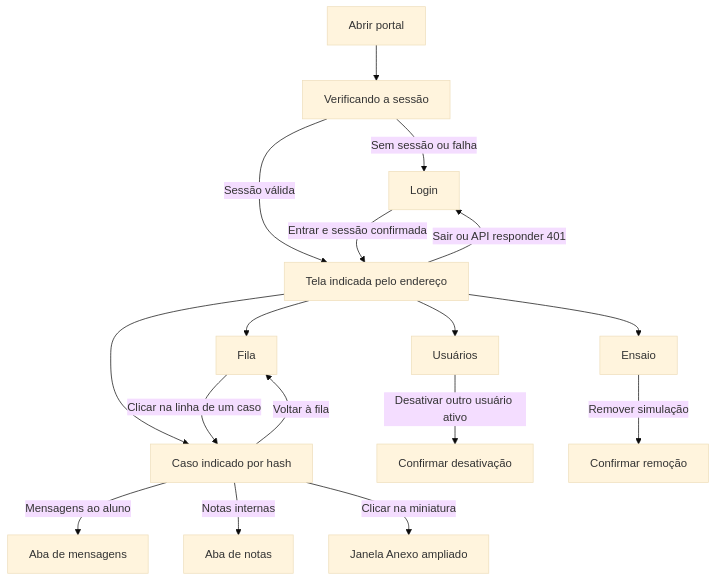
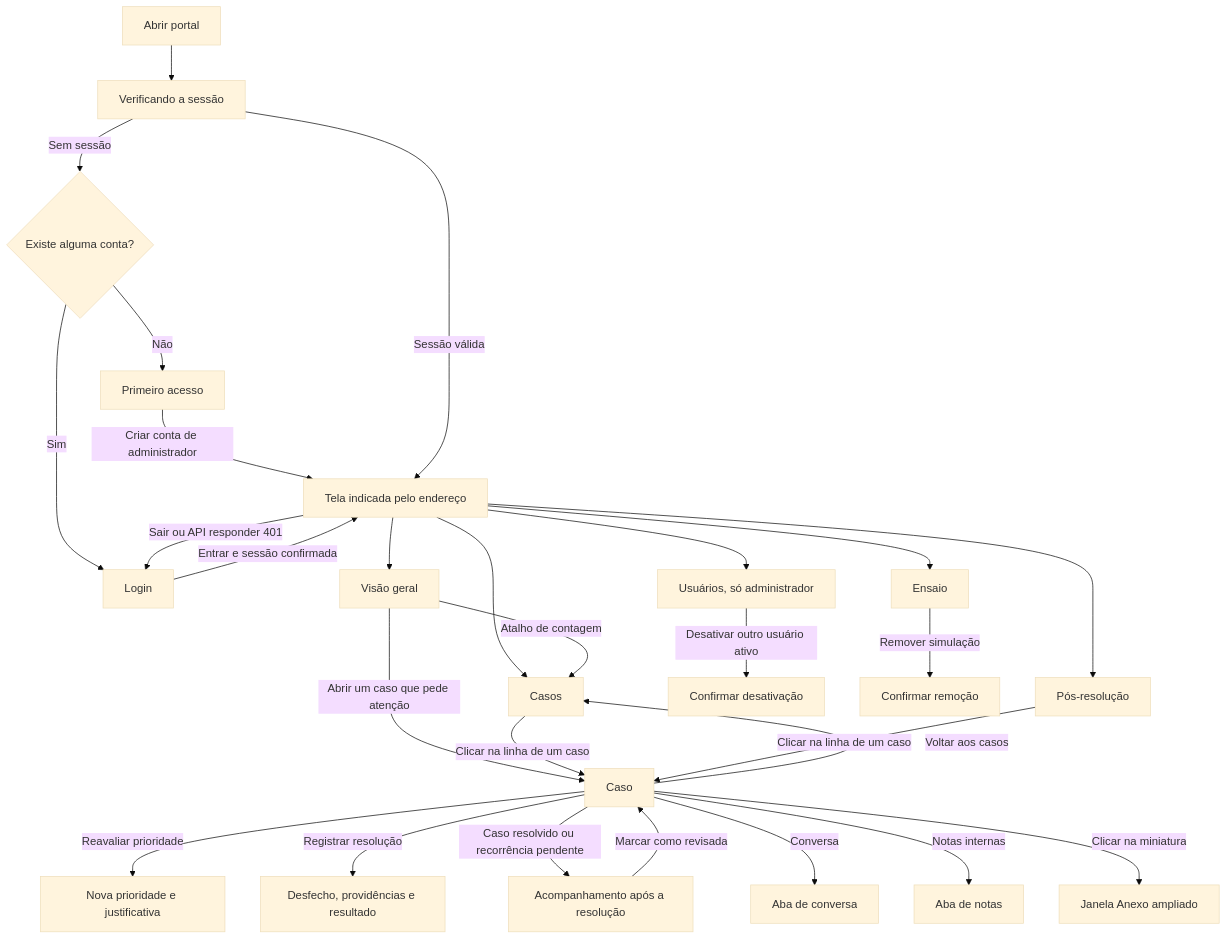
The second of 2 diagrams in frontend/docs/MAPA-INTERFACES.md (iarlleidavi09-debug/seguranca-integral), drawn with Mermaid (base theme) before and after one commit. The commit also changed other lines of this file and 8 other files, not shown here.

````diff
--- a/frontend/docs/MAPA-INTERFACES.md
+++ b/frontend/docs/MAPA-INTERFACES.md
@@ -66,19 +66,30 @@
 ```mermaid
 flowchart TD
   A[Abrir portal] --> B[Verificando a sessão]
-  B -->|Sem sessão ou falha| C[Login]
+  B -->|Sem sessão| P{Existe alguma conta?}
+  P -->|Não| S[Primeiro acesso]
+  P -->|Sim| C[Login]
+  S -->|Criar conta de administrador| D
   B -->|Sessão válida| D[Tela indicada pelo endereço]
   C -->|Entrar e sessão confirmada| D
-  D --> E[Fila]
-  D --> F[Usuários]
+  D --> G0[Visão geral]
+  D --> E[Casos]
+  D --> PR[Pós-resolução]
+  D --> F[Usuários, só administrador]
   D --> G[Ensaio]
-  D --> H[Caso indicado por hash]
-  E -->|Clicar na linha de um caso| H
-  H -->|Voltar à fila| E
-  H -->|Mensagens ao aluno| I[Aba de mensagens]
+  G0 -->|Atalho de contagem| E
+  G0 -->|Abrir um caso que pede atenção| H
+  E -->|Clicar na linha de um caso| H[Caso]
+  PR -->|Clicar na linha de um caso| H
+  H -->|Voltar aos casos| E
+  H -->|Reavaliar prioridade| H1[Nova prioridade e justificativa]
+  H -->|Registrar resolução| H2[Desfecho, providências e resultado]
+  H -->|Caso resolvido ou recorrência pendente| H3[Acompanhamento após a resolução]
+  H3 -->|Marcar como revisada| H
+  H -->|Conversa| I[Aba de conversa]
   H -->|Notas internas| J[Aba de notas]
   H -->|Clicar na miniatura| K[Janela Anexo ampliado]
   F -->|Desativar outro usuário ativo| L[Confirmar desativação]
   G -->|Remover simulação| M[Confirmar remoção]
   D -->|Sair ou API responder 401| C
 ```
````
